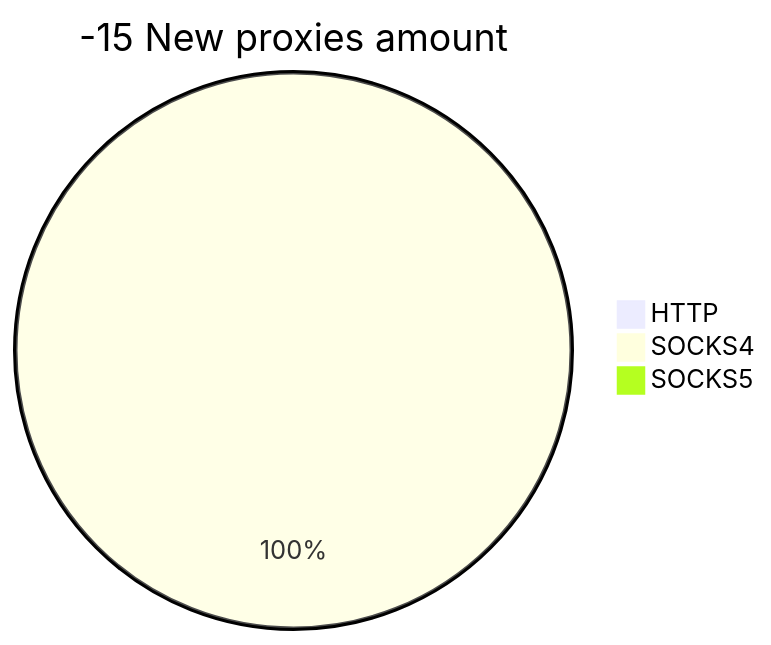
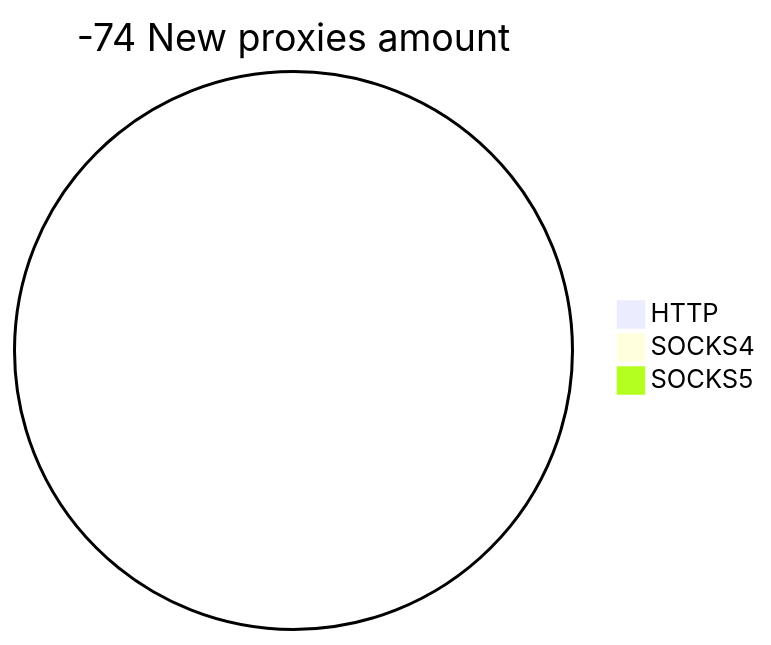
Before and after one commit to cutipu/proxylist: the second of 2 diagrams in README.md, drawn with Mermaid. The commit also changed other lines of this file, not shown here.

````diff
--- a/README.md
+++ b/README.md
@@ -10,6 +10,6 @@
 ```mermaid
-pie title -15 New proxies amount
+pie title -74 New proxies amount
     "HTTP" : 0
-    "SOCKS4" : 1
+    "SOCKS4" : 0
     "SOCKS5" : 0
 ```
````
